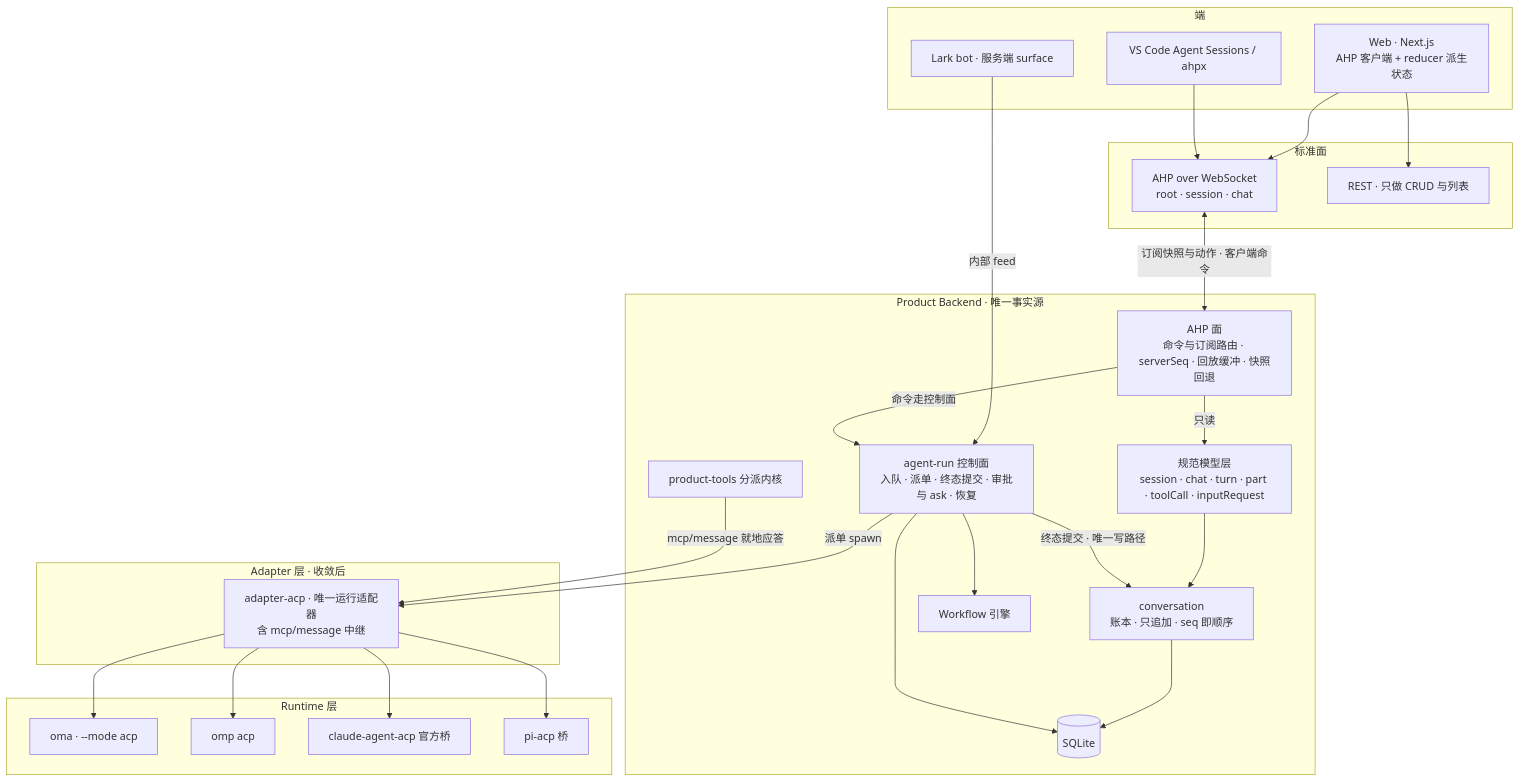
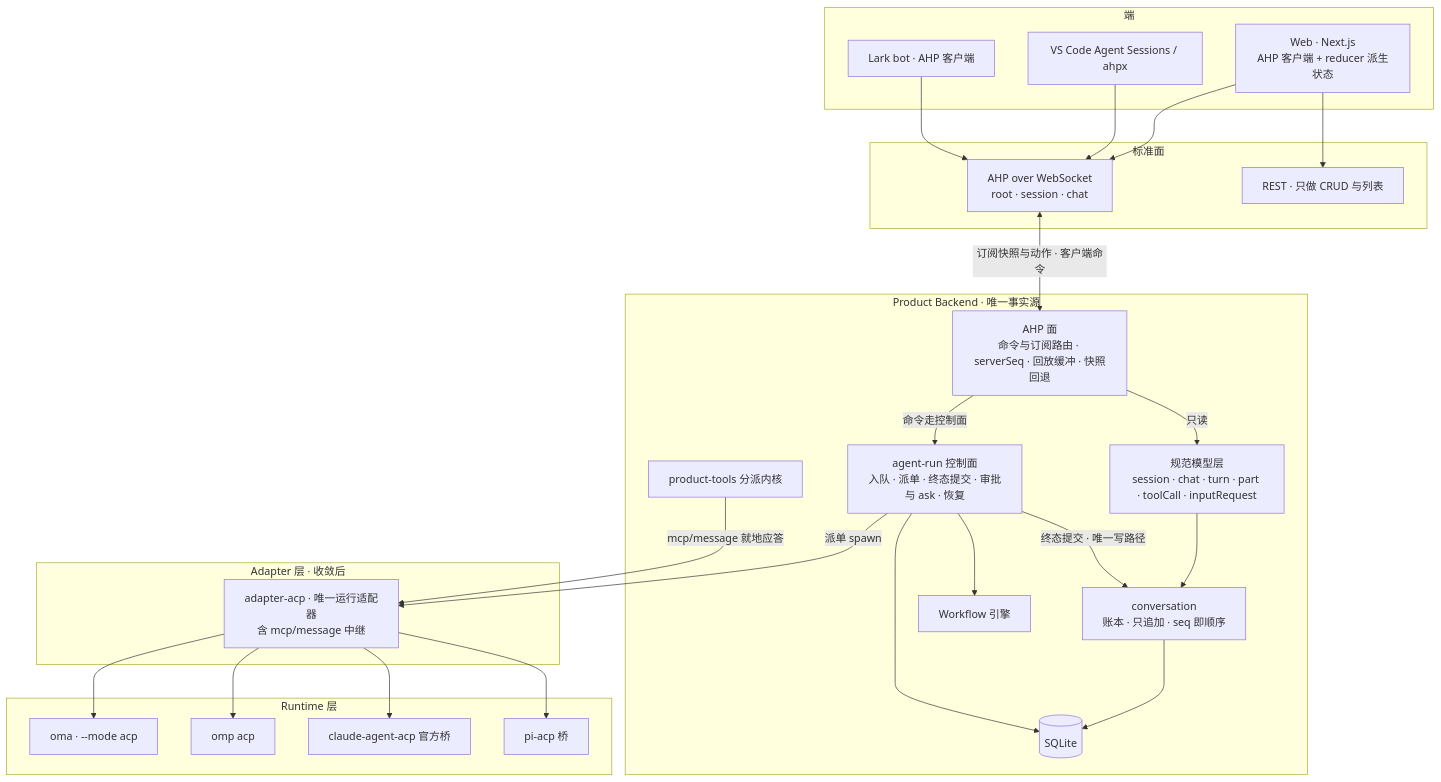
The first of 2 diagrams in docs/adr/0040-run-contract-acp-surface-contract-ahp.md (Chengchcc/my-agent-team), drawn with Mermaid before and after one commit. The commit also changed other lines of this file, not shown here.

First line of the commit message:
docs(docs): make Lark an AHP client too

````diff
--- a/docs/adr/0040-run-contract-acp-surface-contract-ahp.md
+++ b/docs/adr/0040-run-contract-acp-surface-contract-ahp.md
@@ -62,53 +62,53 @@
 ```mermaid
 flowchart TB
   subgraph SURF["端"]
     WEB["Web · Next.js<br/>AHP 客户端 + reducer 派生状态"]
     VS["VS Code Agent Sessions / ahpx"]
-    LARK["Lark bot · 服务端 surface"]
+    LARK["Lark bot · AHP 客户端"]
   end
 
   subgraph WIRE["标准面"]
     AHPW["AHP over WebSocket<br/>root · session · chat"]
     RESTW["REST · 只做 CRUD 与列表"]
   end
 
   subgraph BE["Product Backend · 唯一事实源"]
     AHPS["AHP 面<br/>命令与订阅路由 · serverSeq · 回放缓冲 · 快照回退"]
     CAN["规范模型层<br/>session · chat · turn · part · toolCall · inputRequest"]
     CONV["conversation<br/>账本 · 只追加 · seq 即顺序"]
     RUN["agent-run 控制面<br/>入队 · 派单 · 终态提交 · 审批与 ask · 恢复"]
     WF["Workflow 引擎"]
     PT["product-tools 分派内核"]
     DB[("SQLite")]
   end
 
   subgraph AD["Adapter 层 · 收敛后"]
     AAC["adapter-acp · 唯一运行适配器<br/>含 mcp/message 中继"]
   end
 
   subgraph RT["Runtime 层"]
     OACP["oma · --mode acp"]
     OMP["omp acp"]
     CCB["claude-agent-acp 官方桥"]
     PIB["pi-acp 桥"]
   end
 
   WEB --> AHPW
   WEB --> RESTW
   VS --> AHPW
-  LARK -->|内部 feed| RUN
+  LARK --> AHPW
   AHPW <-->|订阅快照与动作 · 客户端命令| AHPS
   AHPS -->|命令走控制面| RUN
   AHPS -->|只读| CAN
   CAN --> CONV
   RUN -->|终态提交 · 唯一写路径| CONV
   RUN --> WF
   RUN -->|派单 spawn| AAC
   AAC --> OACP
   AAC --> OMP
   AAC --> CCB
   AAC --> PIB
   PT -->|mcp/message 就地应答| AAC
   CONV --> DB
   RUN --> DB
 ```
````
